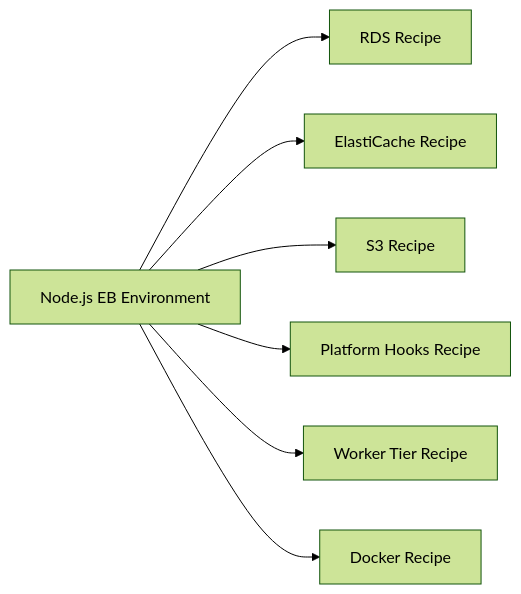
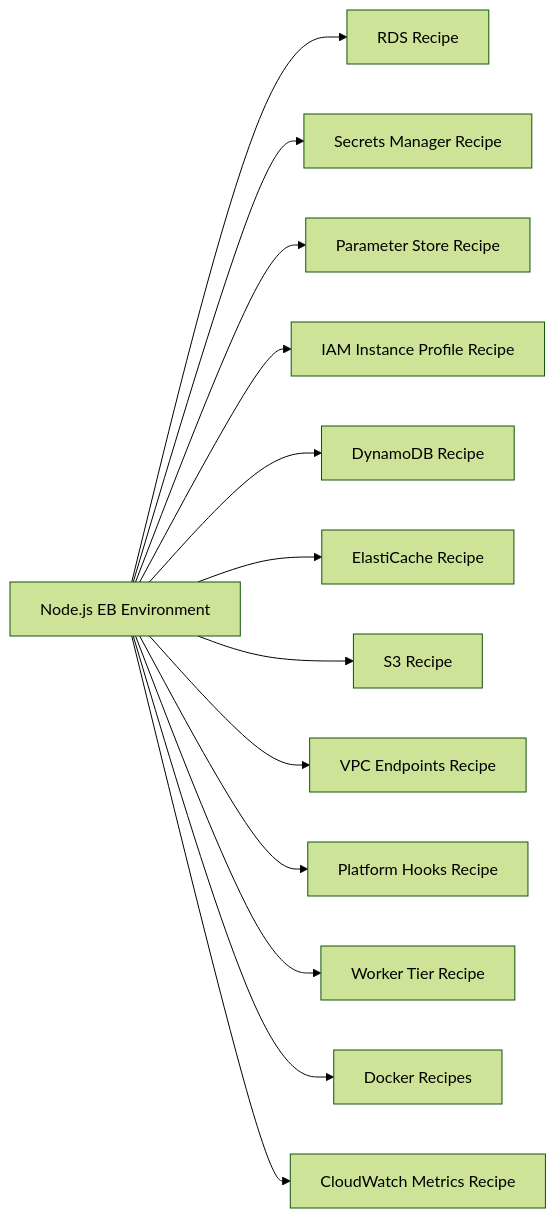
One commit to yeongseon/aws-elastic-beanstalk-practical-guide changed the diagram in docs/language-guides/nodejs/recipes/index.md. Above: the diagram before and after it, drawn with Mermaid (forest theme). The commit also changed other lines of this file and 223 other files, not shown here.

````diff
--- a/docs/language-guides/nodejs/recipes/index.md
+++ b/docs/language-guides/nodejs/recipes/index.md
@@ -14,9 +14,15 @@
 ```mermaid
 flowchart LR
     A[Node.js EB Environment] --> B[RDS Recipe]
-    A --> C[ElastiCache Recipe]
-    A --> D[S3 Recipe]
-    A --> E[Platform Hooks Recipe]
-    A --> F[Worker Tier Recipe]
-    A --> G[Docker Recipe]
+    A --> C[Secrets Manager Recipe]
+    A --> D[Parameter Store Recipe]
+    A --> E[IAM Instance Profile Recipe]
+    A --> F[DynamoDB Recipe]
+    A --> G[ElastiCache Recipe]
+    A --> H[S3 Recipe]
+    A --> I[VPC Endpoints Recipe]
+    A --> J[Platform Hooks Recipe]
+    A --> K[Worker Tier Recipe]
+    A --> L[Docker Recipes]
+    A --> M[CloudWatch Metrics Recipe]
 ```
````
